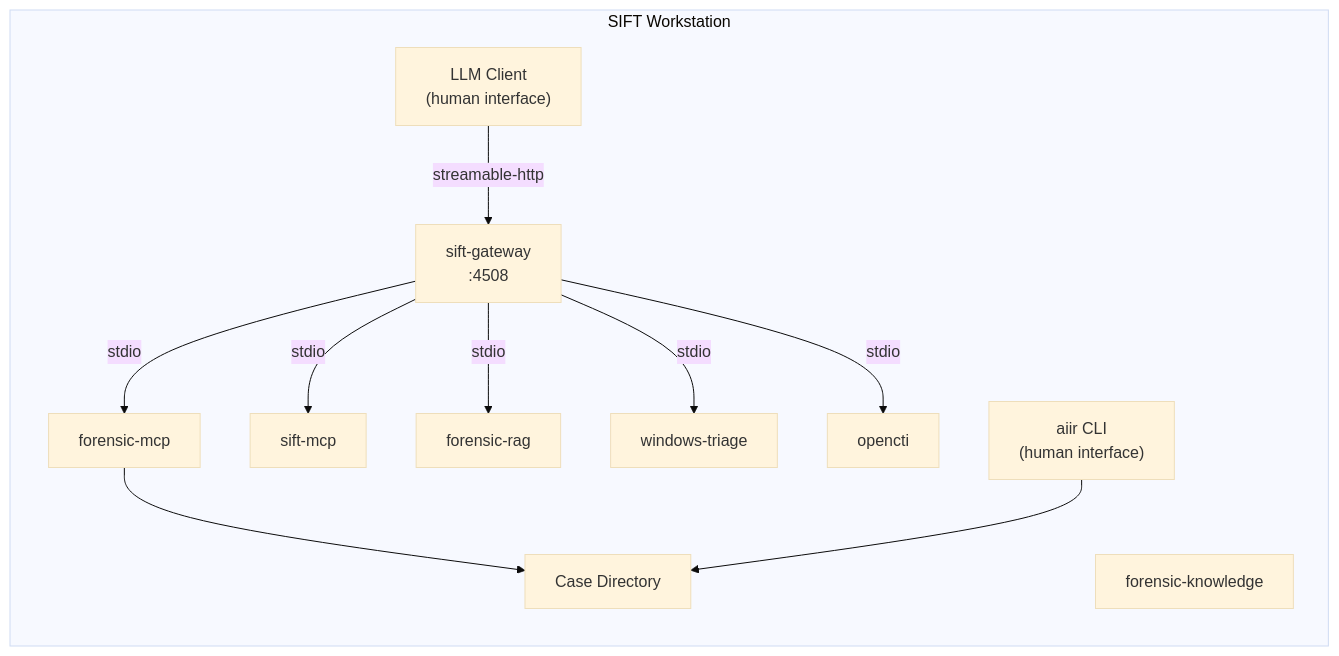
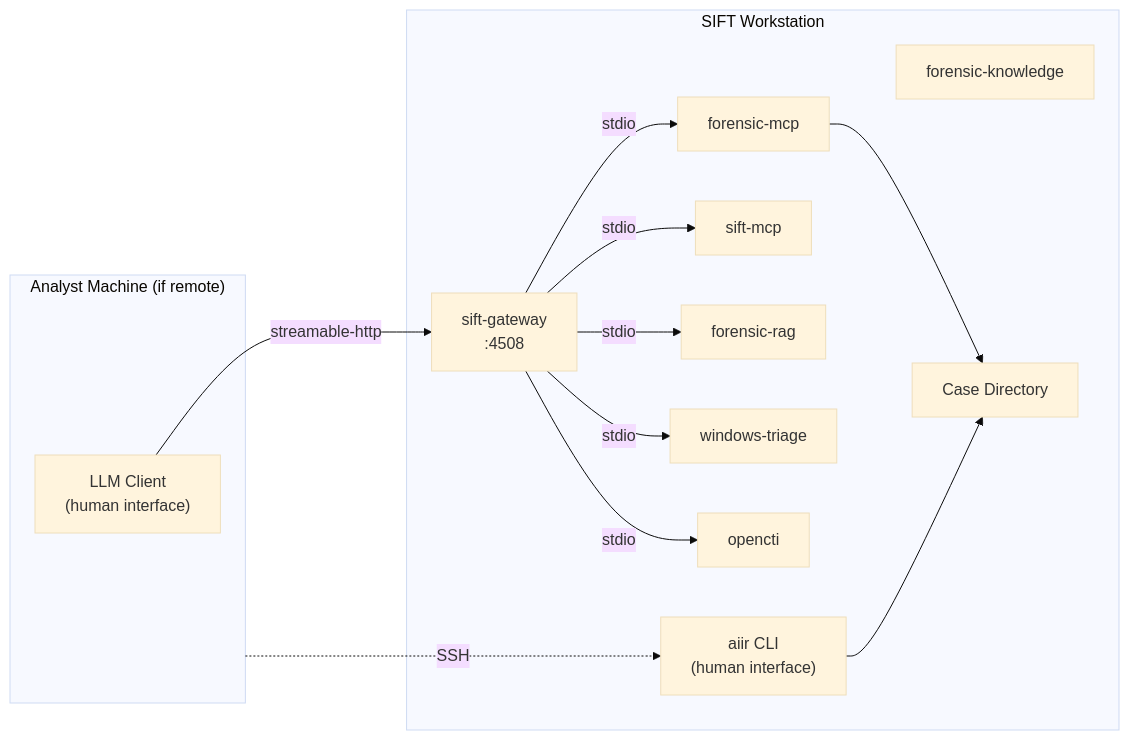
The first of 2 diagrams in README.md (AppliedIR/sift-mcp), drawn with Mermaid (base theme) before and after one commit. The commit also changed other lines of this file, not shown here.

Commit message:
Update diagram: CLI on SIFT, SSH for remote access

````diff
--- a/README.md
+++ b/README.md
@@ -9,24 +9,29 @@
 ```mermaid
 graph LR
+    subgraph analyst ["Analyst Machine (if remote)"]
+        CC["LLM Client<br/>(human interface)"]
+    end
+
     subgraph sift ["SIFT Workstation"]
-        CC["LLM Client<br/>(human interface)"]
         CLI["aiir CLI<br/>(human interface)"]
         GW["sift-gateway<br/>:4508"]
         FM["forensic-mcp"]
         SM["sift-mcp"]
         RAG["forensic-rag"]
         WT["windows-triage"]
         OC["opencti"]
         FK["forensic-knowledge"]
         CASE["Case Directory"]
 
-        CC -->|"streamable-http"| GW
         GW -->|stdio| FM
         GW -->|stdio| SM
         GW -->|stdio| RAG
         GW -->|stdio| WT
         GW -->|stdio| OC
         FM --> CASE
         CLI --> CASE
     end
+
+    CC -->|"streamable-http"| GW
+    analyst -.->|"SSH"| CLI
 ```
````
